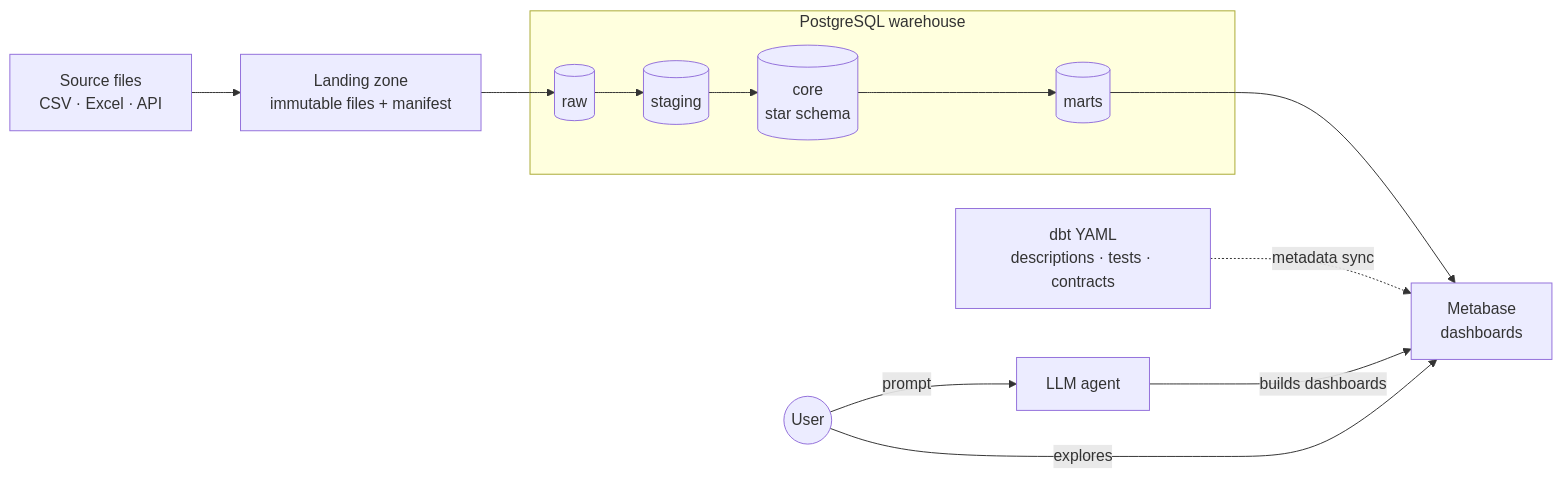
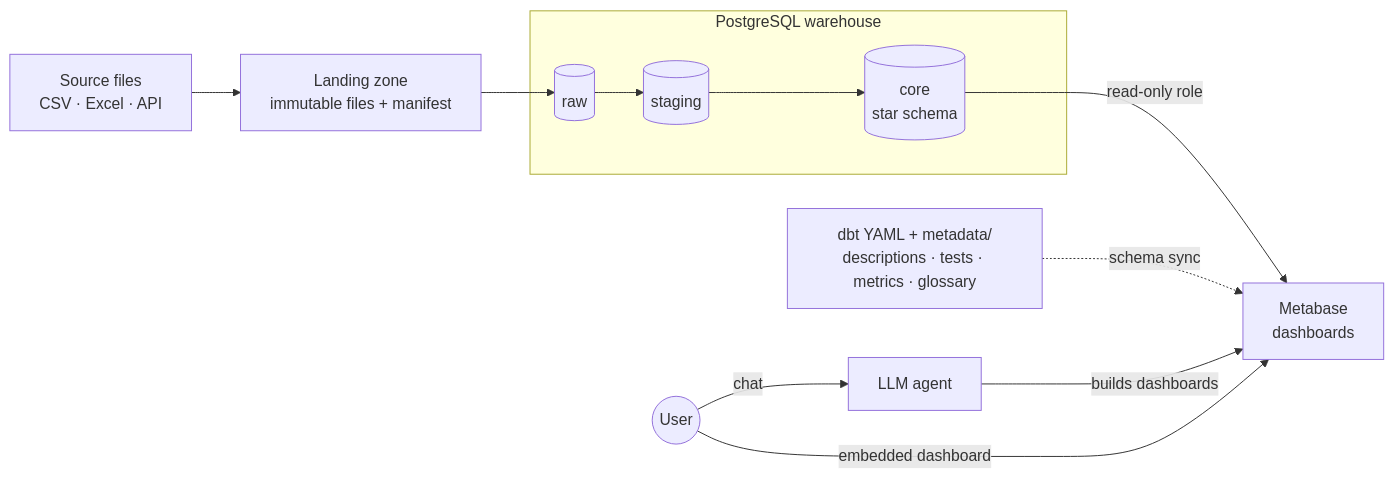
The diagram in README.md (ondrejpelant/prompt-to-dashboard), drawn with Mermaid before and after one commit. The commit also changed other lines of this file and 5 other files, not shown here.

````diff
--- a/README.md
+++ b/README.md
@@ -23,13 +27,13 @@
 ```mermaid
 flowchart LR
     src[Source files<br/>CSV · Excel · API] --> landing[Landing zone<br/>immutable files + manifest]
     landing --> raw[(raw)]
     subgraph pg [PostgreSQL warehouse]
-        raw --> stg[(staging)] --> core[(core<br/>star schema)] --> marts[(marts)]
+        raw --> stg[(staging)] --> core[(core<br/>star schema)]
     end
-    marts --> mb[Metabase<br/>dashboards]
-    meta[dbt YAML<br/>descriptions · tests · contracts] -. metadata sync .-> mb
-    user((User)) -- prompt --> agent[LLM agent]
+    core -- read-only role --> mb[Metabase<br/>dashboards]
+    meta[dbt YAML + metadata/<br/>descriptions · tests · metrics · glossary] -. schema sync .-> mb
+    user((User)) -- chat --> agent[LLM agent]
     agent -- builds dashboards --> mb
-    user -- explores --> mb
+    user -- embedded dashboard --> mb
 ```
````
